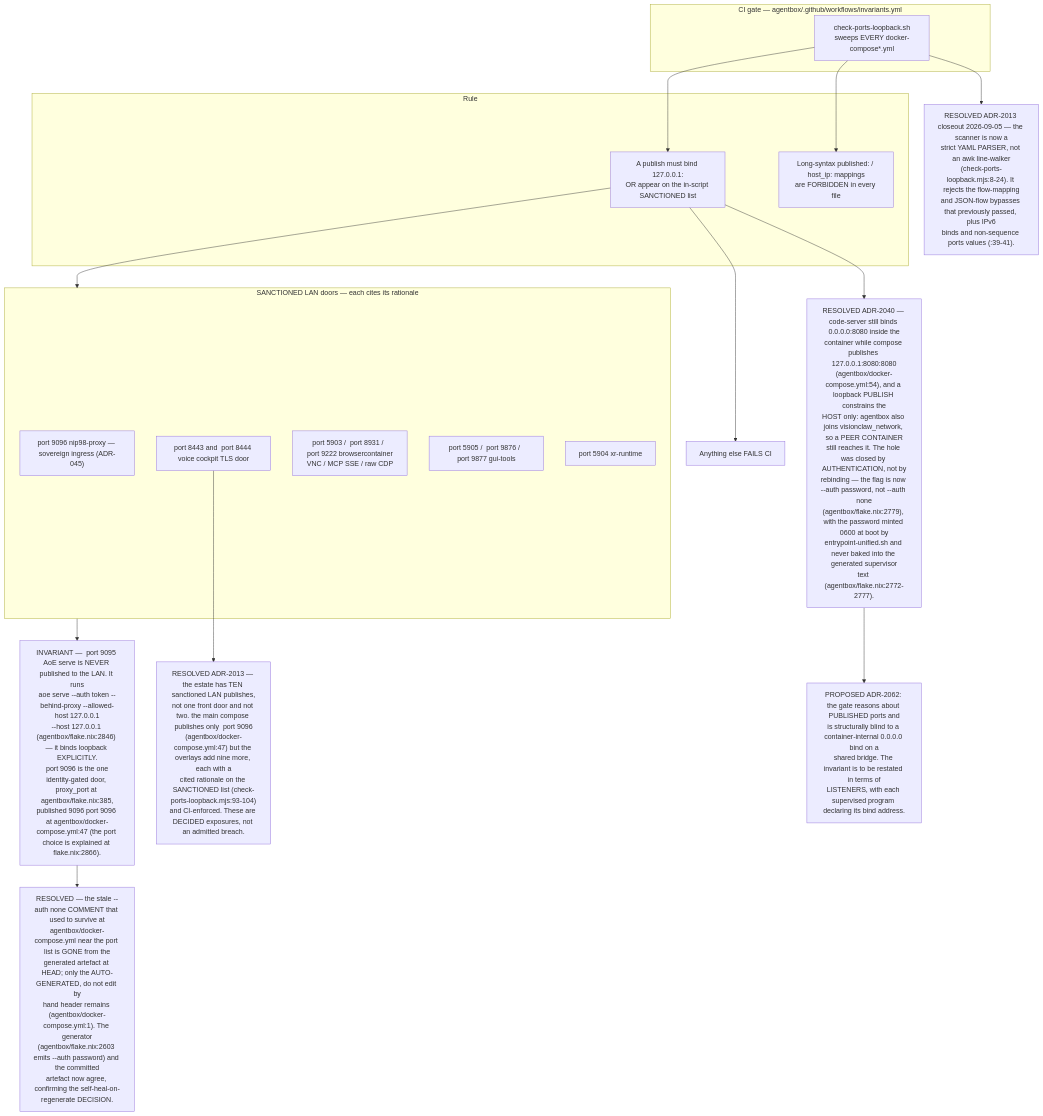
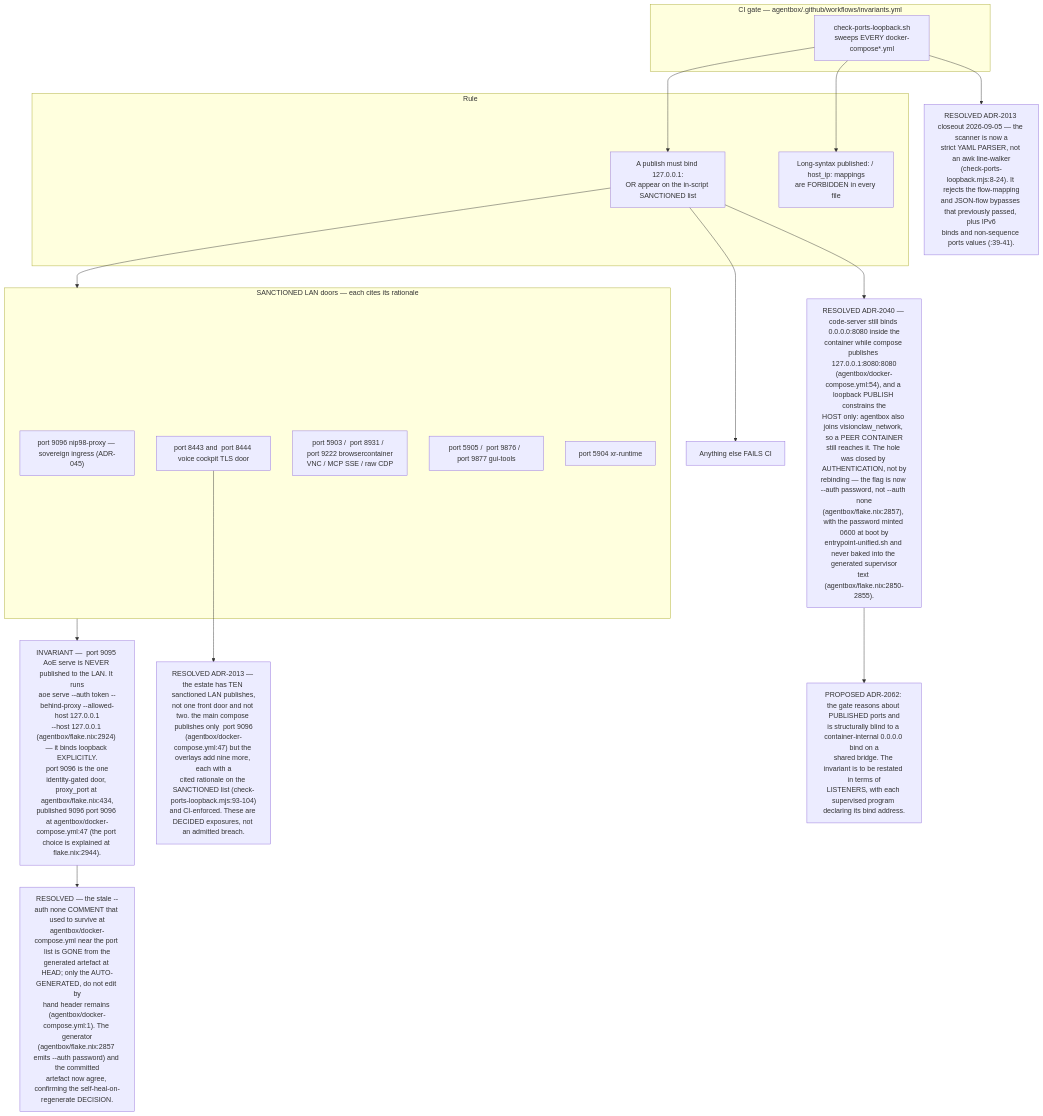
One commit to DreamLab-AI/VisionFlow changed the eighth of 11 diagrams in docs/diagrams/estate/10-deployment-and-security-profiles.md. Above: the diagram before and after it, drawn with Mermaid. The commit also changed other lines of this file and 160 other files, not shown here.

````diff
--- a/docs/diagrams/estate/10-deployment-and-security-profiles.md
+++ b/docs/diagrams/estate/10-deployment-and-security-profiles.md
@@ -319,35 +322,35 @@
 ```mermaid
 flowchart TB
     subgraph ci["CI gate — agentbox/.github/workflows/invariants.yml"]
         SC["check-ports-loopback.sh<br/>sweeps EVERY docker-compose*.yml"]
     end
     subgraph rule["Rule"]
         R1["A publish must bind 127.0.0.1:<br/>OR appear on the in-script SANCTIONED list"]
         R2["Long-syntax published: / host_ip: mappings<br/>are FORBIDDEN in every file"]
     end
     subgraph sanctioned["SANCTIONED LAN doors — each cites its rationale"]
         P1[" port 9096 nip98-proxy — sovereign ingress (ADR-045)"]
         P2[" port 8443 and  port 8444 voice cockpit TLS door"]
         P3[" port 5903 /  port 8931 /  port 9222 browsercontainer<br/>VNC / MCP SSE / raw CDP"]
         P4[" port 5905 /  port 9876 /  port 9877 gui-tools"]
         P5[" port 5904 xr-runtime"]
     end
     FAIL["Anything else FAILS CI"]
-    INV["INVARIANT —  port 9095 AoE serve is NEVER published to the LAN. It runs<br/>aoe serve --auth token --behind-proxy --allowed-host 127.0.0.1<br/>--host 127.0.0.1 (agentbox/flake.nix:2846) — it binds loopback EXPLICITLY.<br/> port 9096 is the one identity-gated door, proxy_port at agentbox/flake.nix:385,<br/>published 9096 port 9096 at agentbox/docker-compose.yml:47 (the port choice is explained at flake.nix:2866)."]
+    INV["INVARIANT —  port 9095 AoE serve is NEVER published to the LAN. It runs<br/>aoe serve --auth token --behind-proxy --allowed-host 127.0.0.1<br/>--host 127.0.0.1 (agentbox/flake.nix:2924) — it binds loopback EXPLICITLY.<br/> port 9096 is the one identity-gated door, proxy_port at agentbox/flake.nix:434,<br/>published 9096 port 9096 at agentbox/docker-compose.yml:47 (the port choice is explained at flake.nix:2944)."]
     D1["RESOLVED ADR-2013 — the estate has TEN sanctioned LAN publishes,<br/>not one front door and not two. the main compose publishes only  port 9096<br/>(agentbox/docker-compose.yml:47) but the overlays add nine more, each with a<br/>cited rationale on the SANCTIONED list (check-ports-loopback.mjs:93-104)<br/>and CI-enforced. These are DECIDED exposures, not an admitted breach."]
     D2["RESOLVED ADR-2013 closeout 2026-09-05 — the scanner is now a<br/>strict YAML PARSER, not an awk line-walker<br/>(check-ports-loopback.mjs:8-24). It rejects the flow-mapping<br/>and JSON-flow bypasses that previously passed, plus IPv6<br/>binds and non-sequence ports values (:39-41)."]
-    D3["RESOLVED ADR-2040 — code-server still binds 0.0.0.0:8080 inside the<br/>container while compose publishes 127.0.0.1:8080:8080<br/>(agentbox/docker-compose.yml:54), and a loopback PUBLISH constrains the<br/>HOST only: agentbox also joins visionclaw_network, so a PEER CONTAINER<br/>still reaches it. The hole was closed by AUTHENTICATION, not by<br/>rebinding — the flag is now --auth password, not --auth none<br/>(agentbox/flake.nix:2779), with the password minted 0600 at boot by<br/>entrypoint-unified.sh and never baked into the generated supervisor<br/>text (agentbox/flake.nix:2772-2777)."]
+    D3["RESOLVED ADR-2040 — code-server still binds 0.0.0.0:8080 inside the<br/>container while compose publishes 127.0.0.1:8080:8080<br/>(agentbox/docker-compose.yml:54), and a loopback PUBLISH constrains the<br/>HOST only: agentbox also joins visionclaw_network, so a PEER CONTAINER<br/>still reaches it. The hole was closed by AUTHENTICATION, not by<br/>rebinding — the flag is now --auth password, not --auth none<br/>(agentbox/flake.nix:2857), with the password minted 0600 at boot by<br/>entrypoint-unified.sh and never baked into the generated supervisor<br/>text (agentbox/flake.nix:2850-2855)."]
     D5["PROPOSED ADR-2062: the gate reasons about PUBLISHED ports and<br/>is structurally blind to a container-internal 0.0.0.0 bind on a<br/>shared bridge. The invariant is to be restated in terms of<br/>LISTENERS, with each supervised program declaring its bind address."]
-    D4["RESOLVED — the stale --auth none COMMENT that used to survive at<br/>agentbox/docker-compose.yml near the port list is GONE from the<br/>generated artefact at HEAD; only the AUTO-GENERATED, do not edit by<br/>hand header remains (agentbox/docker-compose.yml:1). The generator<br/>(agentbox/flake.nix:2603 emits --auth password) and the committed<br/>artefact now agree, confirming the self-heal-on-regenerate DECISION."]
+    D4["RESOLVED — the stale --auth none COMMENT that used to survive at<br/>agentbox/docker-compose.yml near the port list is GONE from the<br/>generated artefact at HEAD; only the AUTO-GENERATED, do not edit by<br/>hand header remains (agentbox/docker-compose.yml:1). The generator<br/>(agentbox/flake.nix:2857 emits --auth password) and the committed<br/>artefact now agree, confirming the self-heal-on-regenerate DECISION."]
 
     SC --> R1
     SC --> R2
     R1 --> sanctioned
     R1 --> FAIL
     sanctioned --> INV
     P2 --> D1
     SC --> D2
     R1 --> D3
     INV --> D4
     D3 --> D5
 ```
````
